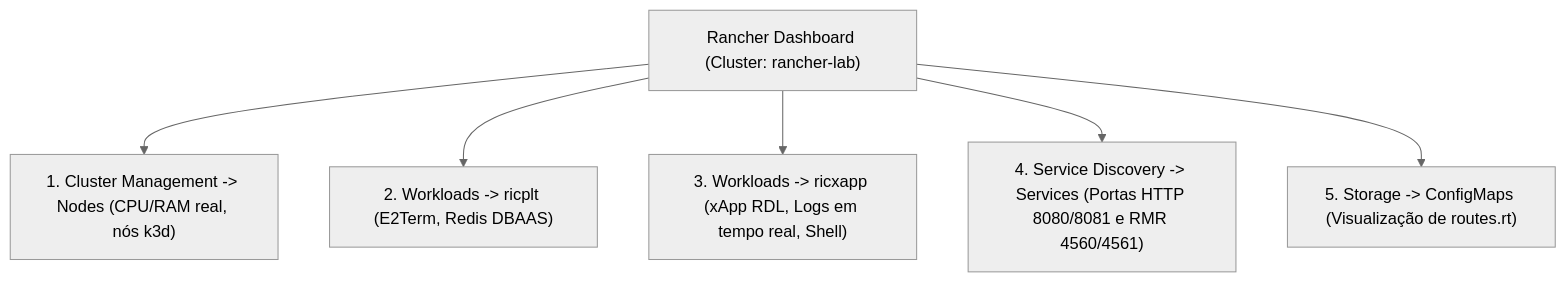
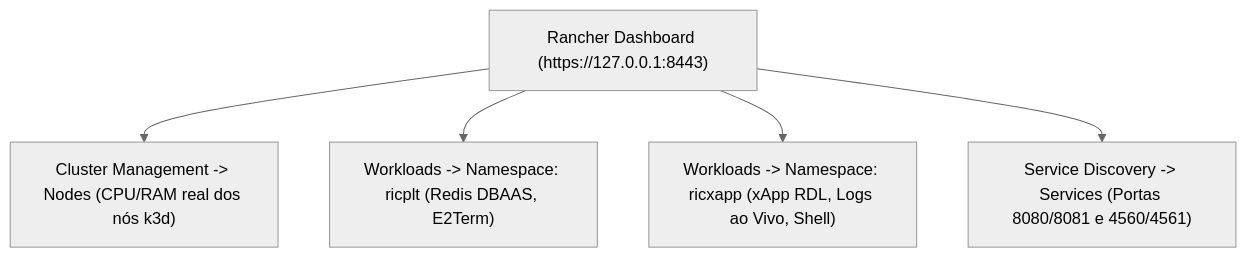
One commit to georgebarbosa3090/XApp-RDL-F1 changed the second of 2 diagrams in docs/02_infraestrutura_cluster_k3d_e_rancher.md. Above: the diagram before and after it, drawn with Mermaid (neutral theme). The commit also changed other lines of this file and 11 other files, not shown here.

````diff
--- a/docs/02_infraestrutura_cluster_k3d_e_rancher.md
+++ b/docs/02_infraestrutura_cluster_k3d_e_rancher.md
@@ -105,9 +212,8 @@
 ```mermaid
 flowchart TD
-    DASH["Rancher Dashboard (Cluster: rancher-lab)"]
-    DASH --> NODES["1. Cluster Management -> Nodes (CPU/RAM real, nós k3d)"]
-    DASH --> RICPLT["2. Workloads -> ricplt (E2Term, Redis DBAAS)"]
-    DASH --> RICXAPP["3. Workloads -> ricxapp (xApp RDL, Logs em tempo real, Shell)"]
-    DASH --> SVC["4. Service Discovery -> Services (Portas HTTP 8080/8081 e RMR 4560/4561)"]
-    DASH --> CFG["5. Storage -> ConfigMaps (Visualização de routes.rt)"]
+    DASH["Rancher Dashboard (https://127.0.0.1:8443)"]
+    DASH --> NODES["Cluster Management -> Nodes (CPU/RAM real dos nós k3d)"]
+    DASH --> RICPLT["Workloads -> Namespace: ricplt (Redis DBAAS, E2Term)"]
+    DASH --> RICXAPP["Workloads -> Namespace: ricxapp (xApp RDL, Logs ao Vivo, Shell)"]
+    DASH --> SVCS["Service Discovery -> Services (Portas 8080/8081 e 4560/4561)"]
 ```
````
